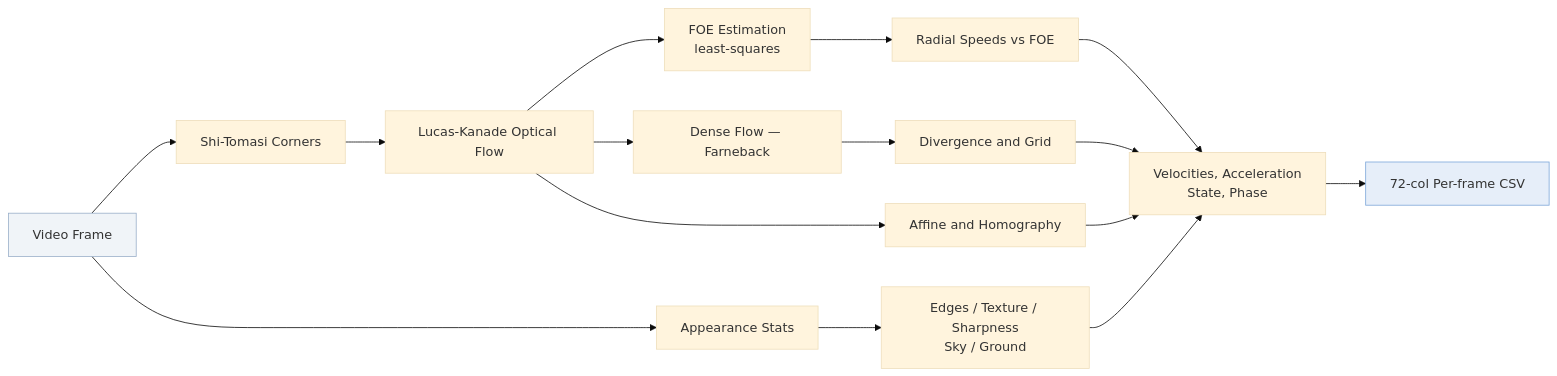
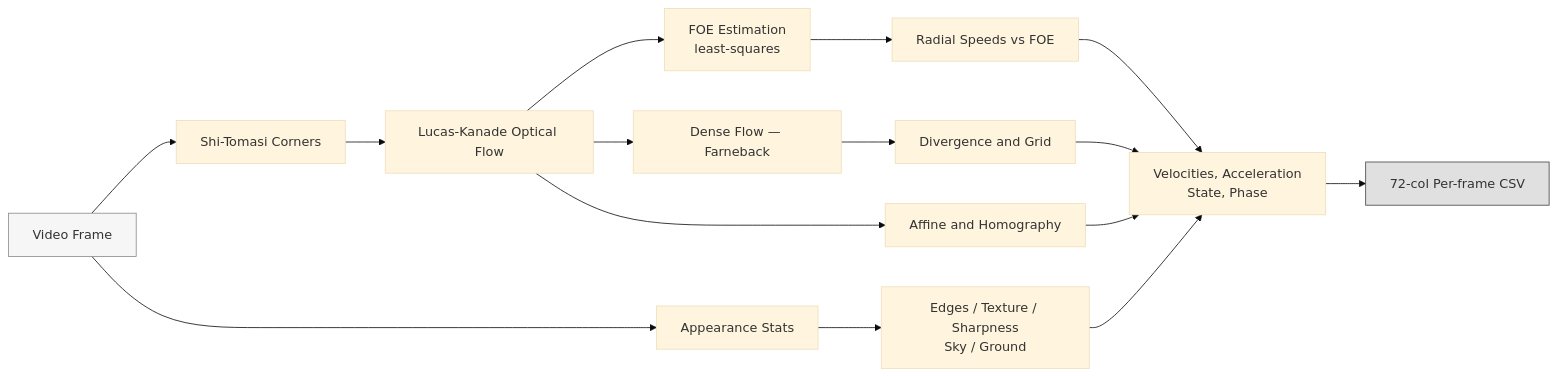
Before and after one commit to 7-wwh/AeroNotts: the fifth of 5 diagrams in README.md, drawn with Mermaid (base theme). The commit also changed other lines of this file, not shown here.

Commit message:
docs: convert diagrams to black/white grayscale

````diff
--- a/README.md
+++ b/README.md
@@ -217,29 +174,29 @@
 ```mermaid
 flowchart LR
     A[Video Frame]
     B[Shi-Tomasi Corners]
     C[Lucas-Kanade Optical Flow]
     D[FOE Estimation\nleast-squares]
     E[Radial Speeds vs FOE]
     F[Dense Flow — Farneback]
     G[Divergence and Grid]
     H[Affine and Homography]
     I[Appearance Stats]
     J[Edges / Texture / Sharpness\nSky / Ground]
     K[Velocities, Acceleration\nState, Phase]
     CSV[72-col Per-frame CSV]
 
     A --> B --> C
     C --> D --> E
     C --> F --> G
     C --> H
     A --> I --> J
     E --> K
     G --> K
     H --> K
     J --> K
     K --> CSV
 
-    style A  fill:#f0f4f8,stroke:#9aafca
-    style CSV fill:#e6eef9,stroke:#7da7d9
+    style A  fill:#f6f6f6,stroke:#8a8a8a
+    style CSV fill:#e0e0e0,stroke:#444444
 ```
````
